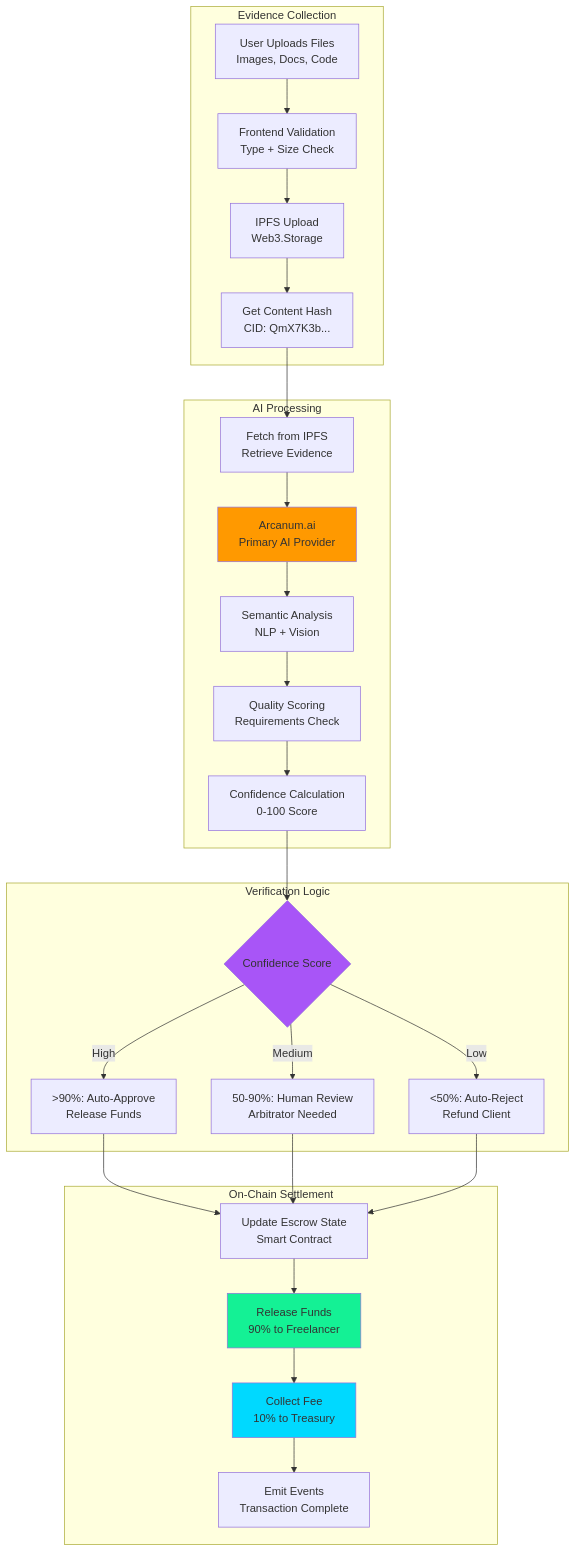
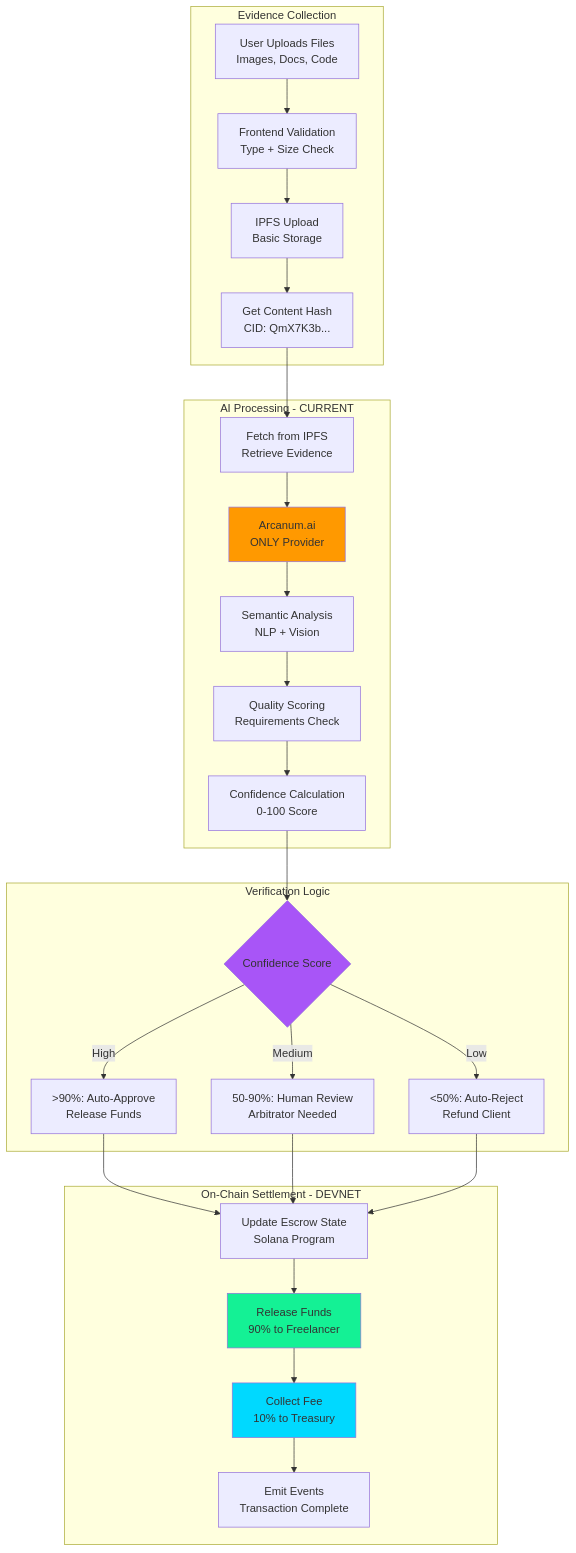
The fourth of 10 diagrams in diagrams/architecture-diagrams.md (De-real-iManuel/aetherlock-docs), drawn with Mermaid before and after one commit. The commit also changed other lines of this file and 144 other files, not shown here.

````diff
--- a/diagrams/architecture-diagrams.md
+++ b/diagrams/architecture-diagrams.md
@@ -141,60 +238,60 @@
 ```mermaid
 flowchart TB
     subgraph "Evidence Collection"
         A[User Uploads Files<br/>Images, Docs, Code]
         B[Frontend Validation<br/>Type + Size Check]
-        C[IPFS Upload<br/>Web3.Storage]
+        C[IPFS Upload<br/>Basic Storage]
         D[Get Content Hash<br/>CID: QmX7K3b...]
     end
     
-    subgraph "AI Processing"
+    subgraph "AI Processing - CURRENT"
         E[Fetch from IPFS<br/>Retrieve Evidence]
-        F[Arcanum.ai<br/>Primary AI Provider]
+        F[Arcanum.ai<br/>ONLY Provider]
         G[Semantic Analysis<br/>NLP + Vision]
         H[Quality Scoring<br/>Requirements Check]
         I[Confidence Calculation<br/>0-100 Score]
     end
     
     subgraph "Verification Logic"
         J{Confidence Score}
         K[>90%: Auto-Approve<br/>Release Funds]
         L[50-90%: Human Review<br/>Arbitrator Needed]
         M[<50%: Auto-Reject<br/>Refund Client]
     end
     
-    subgraph "On-Chain Settlement"
-        N[Update Escrow State<br/>Smart Contract]
+    subgraph "On-Chain Settlement - DEVNET"
+        N[Update Escrow State<br/>Solana Program]
         O[Release Funds<br/>90% to Freelancer]
         P[Collect Fee<br/>10% to Treasury]
         Q[Emit Events<br/>Transaction Complete]
     end
     
     A --> B
     B --> C
     C --> D
     D --> E
     
     E --> F
     F --> G
     G --> H
     H --> I
     
     I --> J
     
     J -->|High| K
     J -->|Medium| L
     J -->|Low| M
     
     K --> N
     L --> N
     M --> N
     
     N --> O
     O --> P
     P --> Q
     
     style F fill:#FF9900
     style J fill:#A855F7
     style O fill:#14F195
     style P fill:#00D9FF
 ```
````
